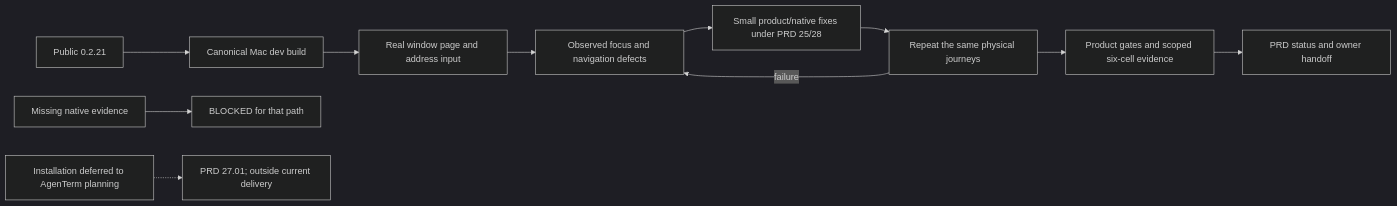
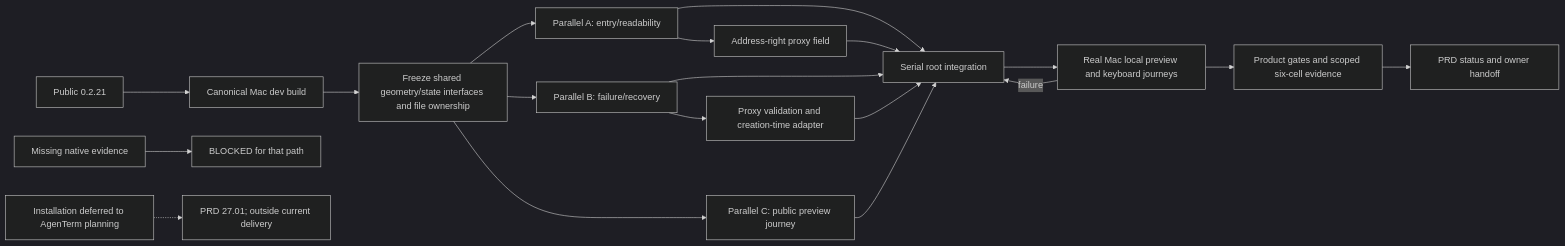
Before and after one commit to partnernetsoftware/minicon: the diagram in plan/plan-v0.2.22.md, drawn with Mermaid (dark theme). The commit also changed other lines of this file and 32 other files, not shown here.

Commit message:
Improve browser preview workflow and saved proxy settings

````diff
--- a/plan/plan-v0.2.22.md
+++ b/plan/plan-v0.2.22.md
@@ -33,13 +62,21 @@
 ```mermaid
 flowchart LR
     R[Public 0.2.21] --> B[Canonical Mac dev build]
-    B --> P[Real window page and address input]
-    P --> F[Observed focus and navigation defects]
-    F --> I[Small product/native fixes under PRD 25/28]
-    I --> J[Repeat the same physical journeys]
+    B --> S[Freeze shared geometry/state interfaces and file ownership]
+    S --> A1[Parallel A: entry/readability]
+    S --> A2[Parallel B: failure/recovery]
+    S --> A3[Parallel C: public preview journey]
+    A1 --> I[Serial root integration]
+    A2 --> I
+    A3 --> I
+    A2 --> PX[Proxy validation and creation-time adapter]
+    A1 --> PF[Address-right proxy field]
+    PX --> I
+    PF --> I
+    I --> J[Real Mac local preview and keyboard journeys]
     J --> Q[Product gates and scoped six-cell evidence]
     Q --> O[PRD status and owner handoff]
     M[Missing native evidence] --> K[BLOCKED for that path]
-    J -->|failure| F
+    J -->|failure| I
     A[Installation deferred to AgenTerm planning] -.-> D[PRD 27.01; outside current delivery]
 ```
````
